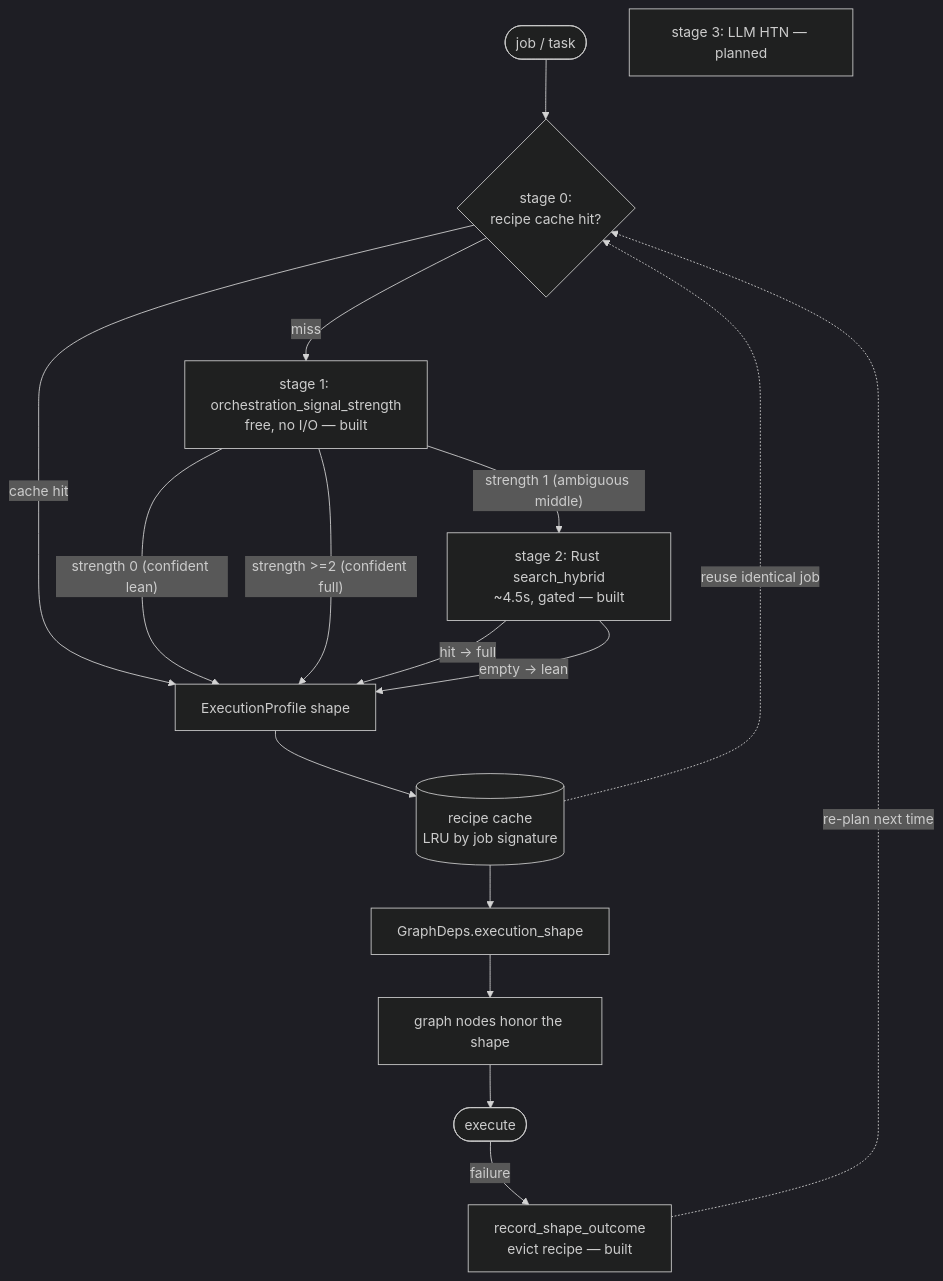
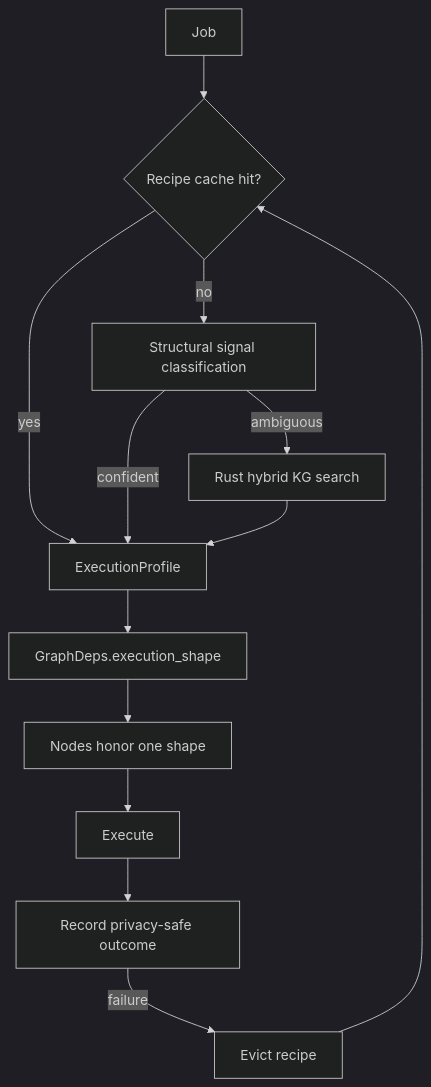
One commit to Knuckles-Team/agent-utilities changed the diagram in docs/architecture/dynamic-graph-construction.md. Above: the diagram before and after it, drawn with Mermaid (dark theme). The commit also changed other lines of this file and 3818 other files, not shown here.

````diff
--- a/docs/architecture/dynamic-graph-construction.md
+++ b/docs/architecture/dynamic-graph-construction.md
@@ -40,19 +37,15 @@
 ```mermaid
 flowchart TD
-    job([job / task]) --> s0{stage 0:\nrecipe cache hit?}
-    s0 -- cache hit --> shape[ExecutionProfile shape]
-    s0 -- miss --> s1["stage 1: orchestration_signal_strength\nfree, no I/O — built"]
-    s1 -- "strength 0 (confident lean)" --> shape
-    s1 -- "strength >=2 (confident full)" --> shape
-    s1 -- "strength 1 (ambiguous middle)" --> s2["stage 2: Rust search_hybrid\n~4.5s, gated — built"]
-    s2 -- "hit -> full" --> shape
-    s2 -- "empty -> lean" --> shape
-    s3[stage 3: LLM HTN — planned]
-    shape --> cache[(recipe cache\nLRU by job signature)]
-    cache --> deps[GraphDeps.execution_shape]
-    deps --> nodes[graph nodes honor the shape]
-    nodes --> exec([execute])
-    exec -- "failure" --> evict[record_shape_outcome\nevict recipe — built]
-    evict -. re-plan next time .-> s0
-    cache -. reuse identical job .-> s0
+    J[Job] --> C{Recipe cache hit?}
+    C -- yes --> S[ExecutionProfile]
+    C -- no --> H[Structural signal classification]
+    H -- confident --> S
+    H -- ambiguous --> K[Rust hybrid KG search]
+    K --> S
+    S --> D[GraphDeps.execution_shape]
+    D --> N[Nodes honor one shape]
+    N --> E[Execute]
+    E --> O[Record privacy-safe outcome]
+    O -- failure --> V[Evict recipe]
+    V --> C
 ```
````
